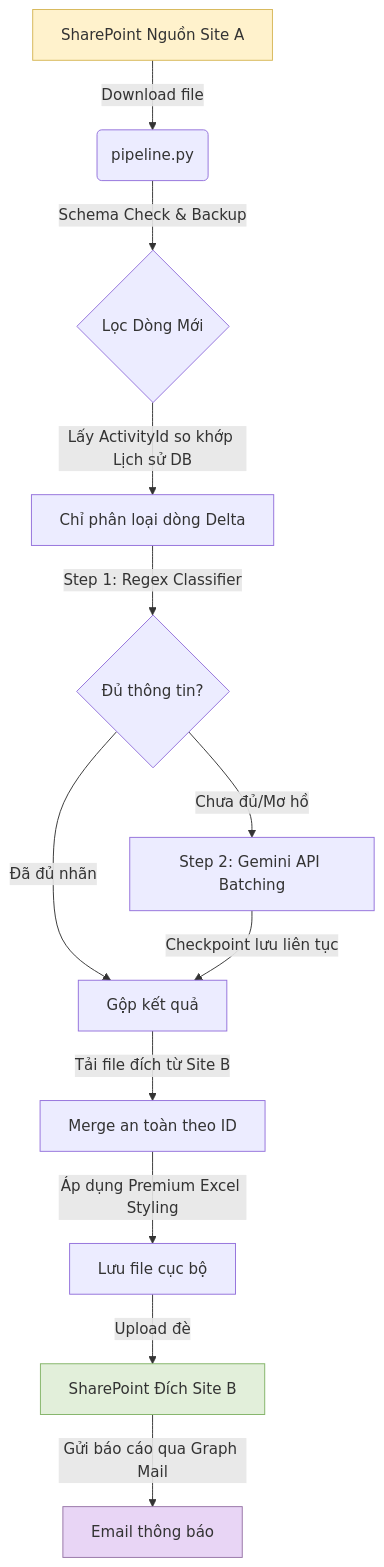
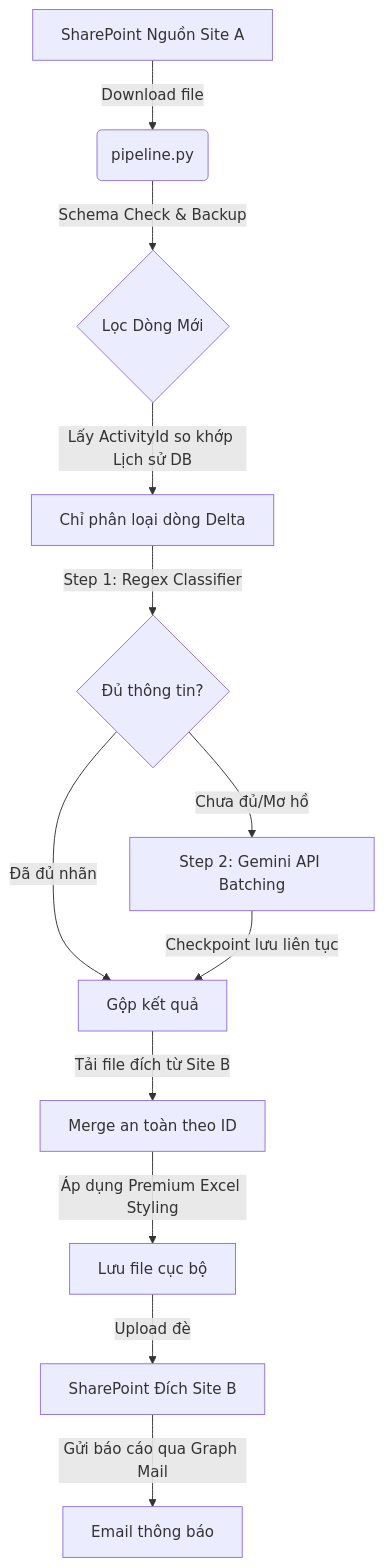
The diagram in README.md (ThanhDT127/CRM-Classification-Pipeline), drawn with Mermaid before and after one commit. The commit also changed other lines of this file, not shown here.

````diff
--- a/README.md
+++ b/README.md
@@ -176,18 +170,14 @@
 ```mermaid
 graph TD
     A[SharePoint Nguồn Site A] -->|Download file| B(pipeline.py)
     B -->|Schema Check & Backup| C{Lọc Dòng Mới}
     C -->|Lấy ActivityId so khớp Lịch sử DB| D[Chỉ phân loại dòng Delta]
     D -->|Step 1: Regex Classifier| E{Đủ thông tin?}
     E -->|Chưa đủ/Mơ hồ| F[Step 2: Gemini API Batching]
     E -->|Đã đủ nhãn| G[Gộp kết quả]
     F -->|Checkpoint lưu liên tục| G
     G -->|Tải file đích từ Site B| H[Merge an toàn theo ID]
     H -->|Áp dụng Premium Excel Styling| I[Lưu file cục bộ]
     I -->|Upload đè| J[SharePoint Đích Site B]
     J -->|Gửi báo cáo qua Graph Mail| K[Email thông báo]
-    
-    style A fill:#fff2cc,stroke:#d6b656
-    style J fill:#e2efda,stroke:#82b366
-    style K fill:#e8d5f5,stroke:#9673a6
 ```
````
